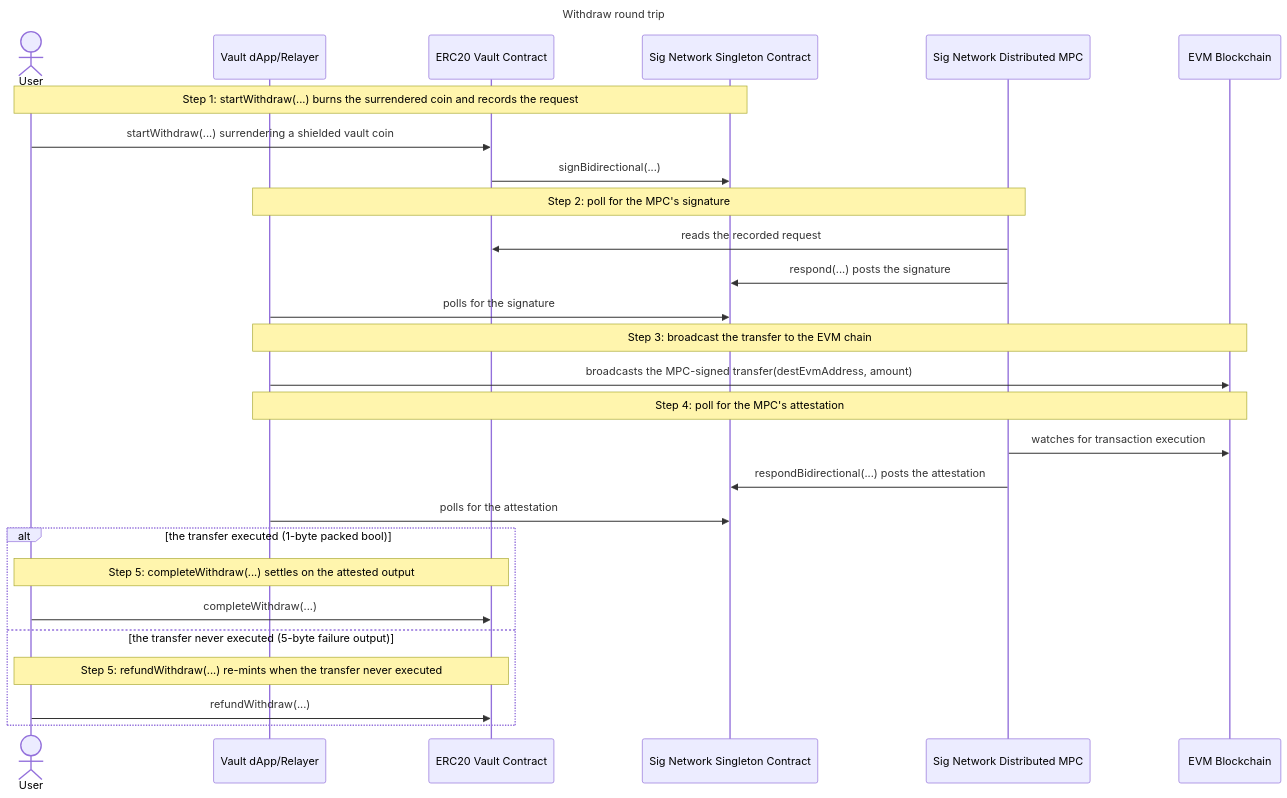
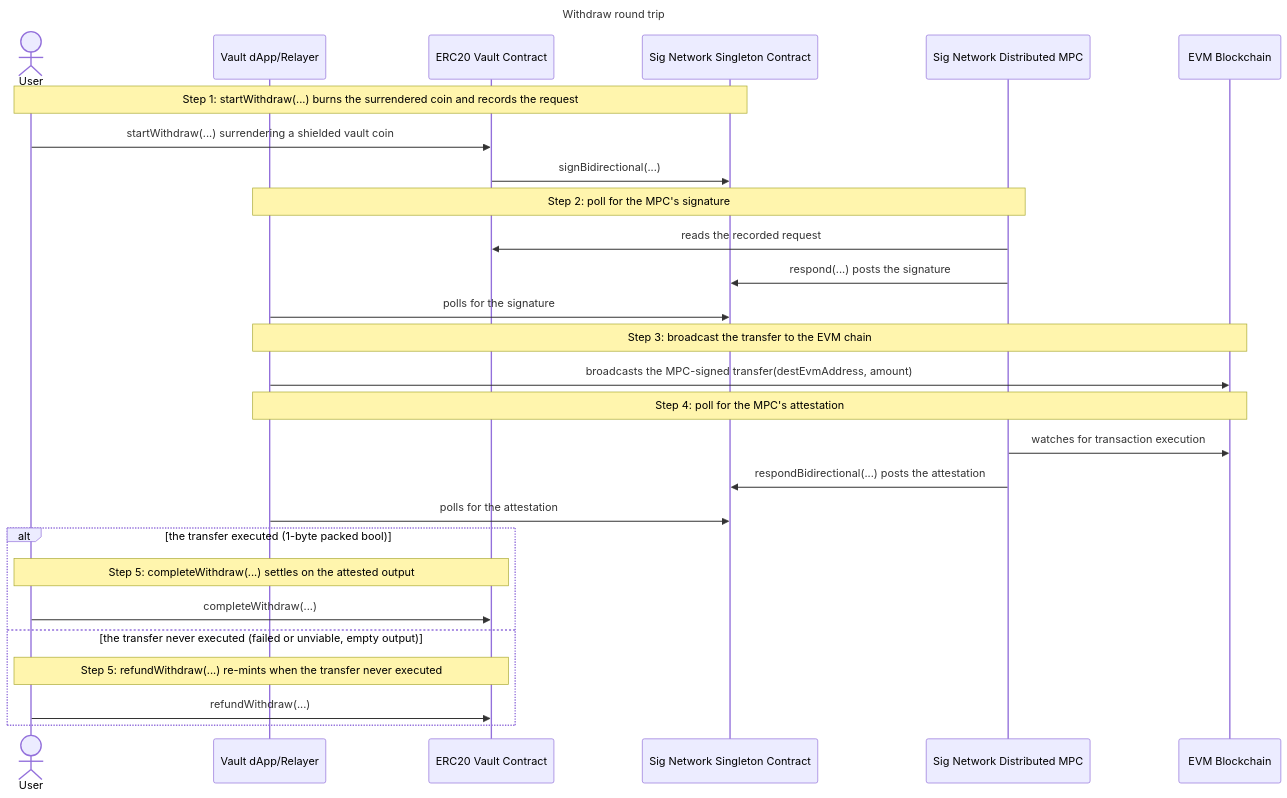
The diagram in examples/erc20-vault/docs/withdraw/withdraw.md (sig-net/midnight-examples), drawn with Mermaid before and after one commit. The commit also changed other lines of this file and 40 other files, not shown here.

````diff
--- a/examples/erc20-vault/docs/withdraw/withdraw.md
+++ b/examples/erc20-vault/docs/withdraw/withdraw.md
@@ -214,31 +218,31 @@
 ```mermaid
 sequenceDiagram
     title Withdraw round trip
     actor User
     participant DApp as Vault dApp/Relayer
     participant Vault as ERC20 Vault Contract
     participant Singleton as Sig Network Singleton Contract
     participant MPC as Sig Network Distributed MPC
     participant EVM as EVM Blockchain
 
     Note over User,Singleton: Step 1: startWithdraw(...) burns the surrendered coin and records the request
     User->>Vault: startWithdraw(...) surrendering a shielded vault coin
     Vault->>Singleton: signBidirectional(...)
     Note over DApp,MPC: Step 2: poll for the MPC's signature
     MPC->>Vault: reads the recorded request
     MPC->>Singleton: respond(...) posts the signature
     DApp->>Singleton: polls for the signature
     Note over DApp,EVM: Step 3: broadcast the transfer to the EVM chain
     DApp->>EVM: broadcasts the MPC-signed transfer(destEvmAddress, amount)
     Note over DApp,EVM: Step 4: poll for the MPC's attestation
     MPC->>EVM: watches for transaction execution
     MPC->>Singleton: respondBidirectional(...) posts the attestation
     DApp->>Singleton: polls for the attestation
     alt the transfer executed (1-byte packed bool)
         Note over User,Vault: Step 5: completeWithdraw(...) settles on the attested output
         User->>Vault: completeWithdraw(...)
-    else the transfer never executed (5-byte failure output)
+    else the transfer never executed (failed or unviable, empty output)
         Note over User,Vault: Step 5: refundWithdraw(...) re-mints when the transfer never executed
         User->>Vault: refundWithdraw(...)
     end
 ```
````
